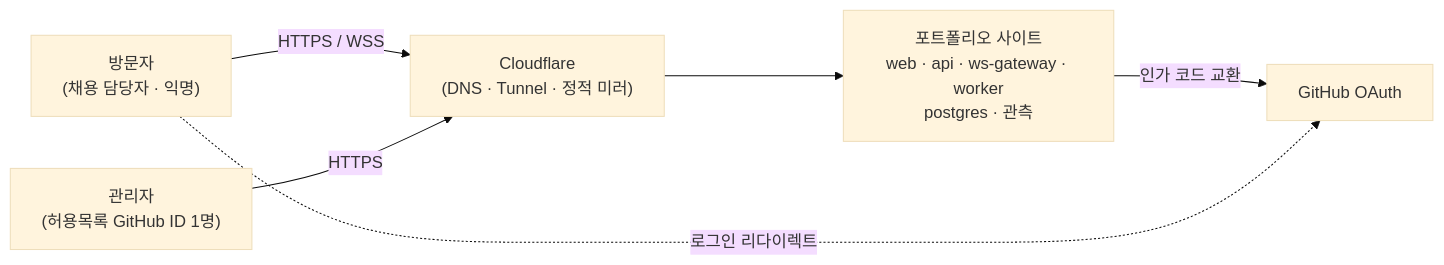
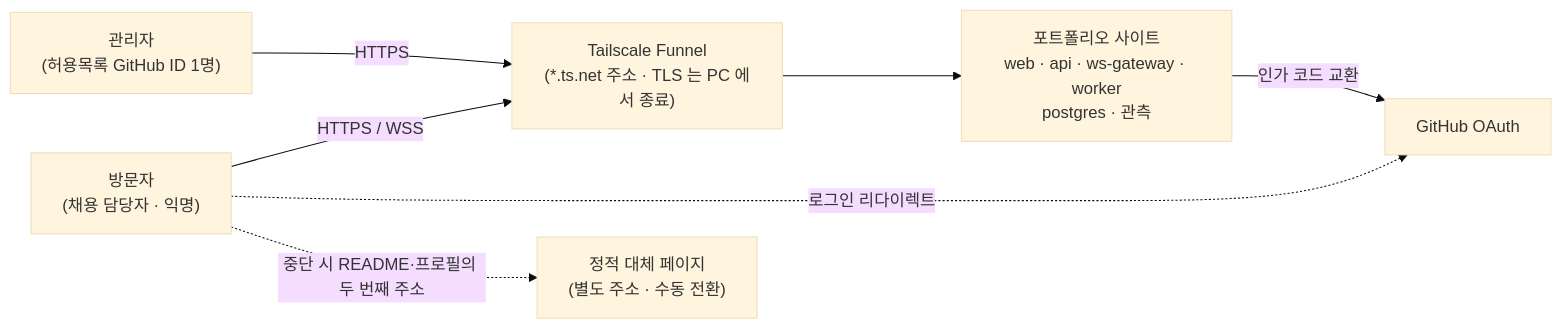
One commit to 1985jwlee/portpolio_backend changed the first of 9 diagrams in docs/design/00-system-overview.md. Above: the diagram before and after it, drawn with Mermaid (base theme). The commit also changed other lines of this file and 50 other files, not shown here.

````diff
--- a/docs/design/00-system-overview.md
+++ b/docs/design/00-system-overview.md
@@ -33,13 +34,15 @@
 ```mermaid
 flowchart LR
     V["방문자<br/>(채용 담당자 · 익명)"]
     M["관리자<br/>(허용목록 GitHub ID 1명)"]
     GH["GitHub OAuth"]
-    CF["Cloudflare<br/>(DNS · Tunnel · 정적 미러)"]
+    CF["Tailscale Funnel<br/>(*.ts.net 주소 · TLS 는 PC 에서 종료)"]
+    FB["정적 대체 페이지<br/>(별도 주소 · 수동 전환)"]
     SYS["포트폴리오 사이트<br/>web · api · ws-gateway · worker<br/>postgres · 관측"]
     V -->|"HTTPS / WSS"| CF
     M -->|"HTTPS"| CF
     CF --> SYS
     SYS -->|"인가 코드 교환"| GH
     V -.->|"로그인 리다이렉트"| GH
+    V -.->|"중단 시 README·프로필의 두 번째 주소"| FB
 ```
````
